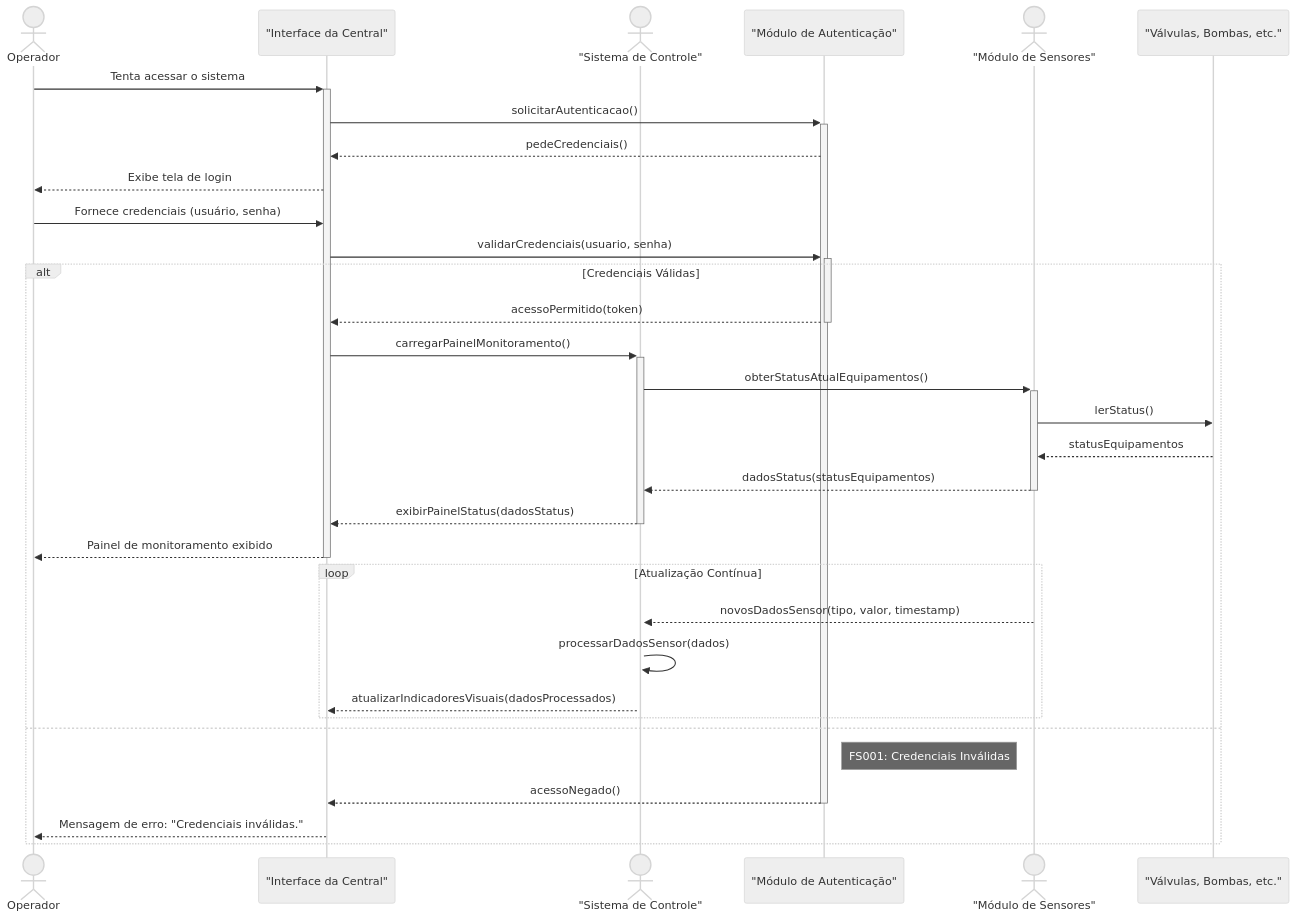
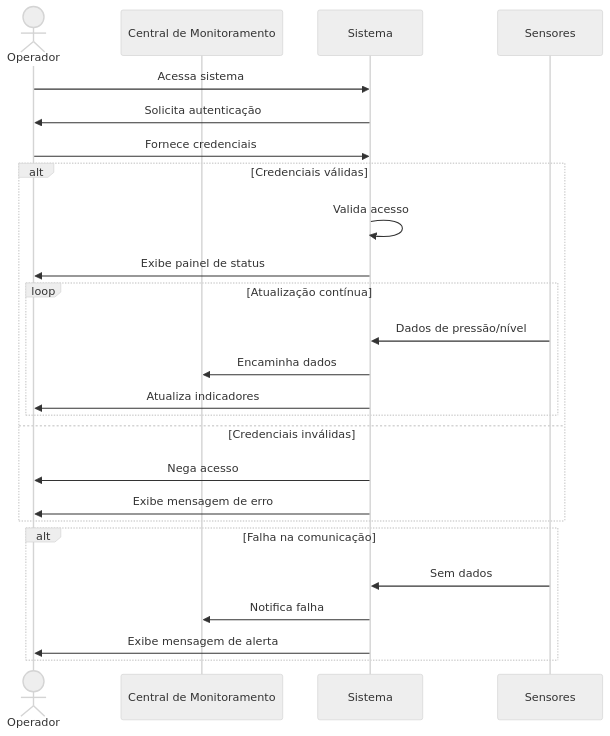
One commit to gbalbuquerque/IndustriaTintas changed the second of 17 diagrams in README.md. Above: the diagram before and after it, drawn with Mermaid (neutral theme). The commit also changed other lines of this file, not shown here.

````diff
--- a/README.md
+++ b/README.md
@@ -188,35 +188,33 @@
 ```mermaid
 sequenceDiagram
-  actor Operador as Operador
-  participant UI_Central as "Interface da Central"
-  actor SistemaControle as "Sistema de Controle"
-  participant ModuloAutenticacao as "Módulo de Autenticação"
-  actor ModuloSensores as "Módulo de Sensores"
-  participant Equipamentos as "Válvulas, Bombas, etc."
 
-  Operador ->>+ UI_Central: Tenta acessar o sistema
-  UI_Central ->>+ ModuloAutenticacao: solicitarAutenticacao()
-  ModuloAutenticacao -->> UI_Central: pedeCredenciais()
-  UI_Central -->> Operador: Exibe tela de login
-  Operador ->> UI_Central: Fornece credenciais (usuário, senha)
-  UI_Central ->>+ ModuloAutenticacao: validarCredenciais(usuario, senha)
-  alt Credenciais Válidas
-    ModuloAutenticacao -->>- UI_Central: acessoPermitido(token)
-    UI_Central ->>+ SistemaControle: carregarPainelMonitoramento()
-    SistemaControle ->>+ ModuloSensores: obterStatusAtualEquipamentos()
-    ModuloSensores ->> Equipamentos: lerStatus()
-    Equipamentos -->> ModuloSensores: statusEquipamentos
-    ModuloSensores -->>- SistemaControle: dadosStatus(statusEquipamentos)
-    SistemaControle -->>- UI_Central: exibirPainelStatus(dadosStatus)
-    UI_Central -->>- Operador: Painel de monitoramento exibido
-    loop Atualização Contínua
-      ModuloSensores -->>+ SistemaControle: novosDadosSensor(tipo, valor, timestamp)
-      SistemaControle ->> SistemaControle: processarDadosSensor(dados)
-      SistemaControle -->> UI_Central: atualizarIndicadoresVisuais(dadosProcessados)
+
+actor Operador
+participant Central de Monitoramento
+participant Sistema
+participant Sensores
+
+Operador->>Sistema: Acessa sistema
+Sistema->>Operador: Solicita autenticação
+Operador->>Sistema: Fornece credenciais
+
+alt Credenciais válidas
+    Sistema->>Sistema: Valida acesso
+    Sistema->>Operador: Exibe painel de status
+
+    loop Atualização contínua
+        Sensores->>Sistema: Dados de pressão/nível
+        Sistema->>Central de Monitoramento: Encaminha dados
+        Sistema->>Operador: Atualiza indicadores
     end
-  else
-    Note right of ModuloAutenticacao: FS001: Credenciais Inválidas
-    ModuloAutenticacao -->>- UI_Central: acessoNegado()
-    UI_Central -->> Operador: Mensagem de erro: "Credenciais inválidas."
-  end
+else Credenciais inválidas 
+    Sistema->>Operador: Nega acesso
+    Sistema->>Operador: Exibe mensagem de erro
+end
+
+alt Falha na comunicação 
+    Sensores->>Sistema: Sem dados
+    Sistema->>Central de Monitoramento: Notifica falha
+    Sistema->>Operador: Exibe mensagem de alerta
+end
 ```
````
